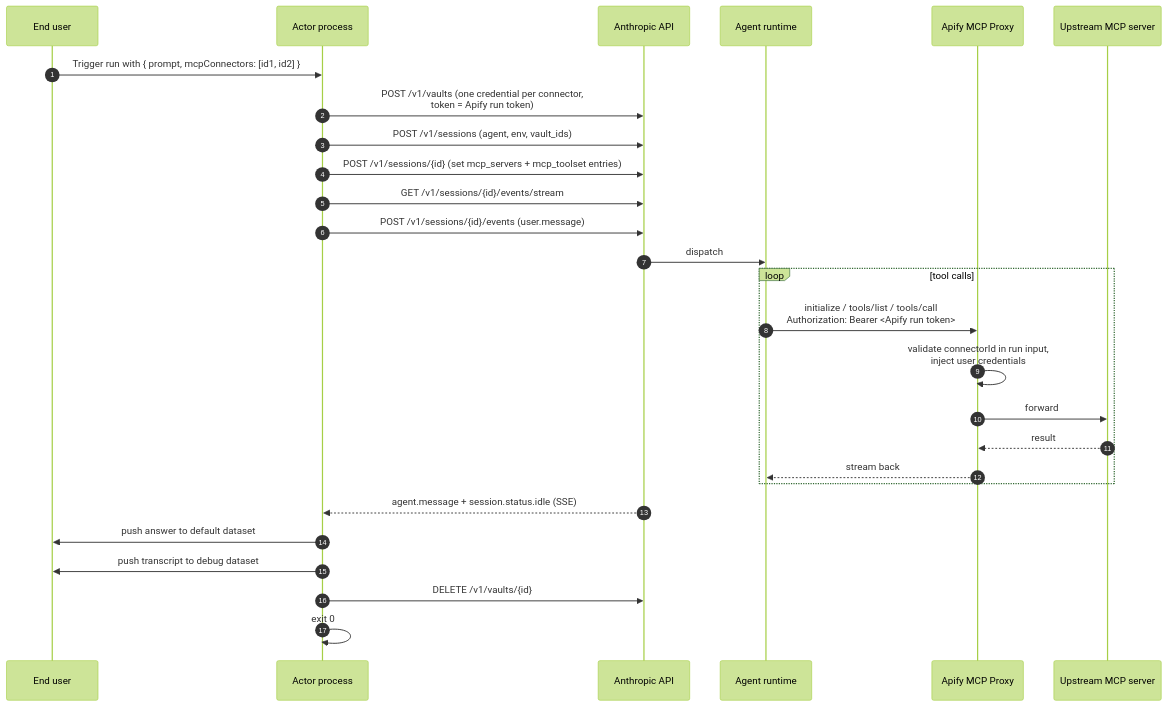
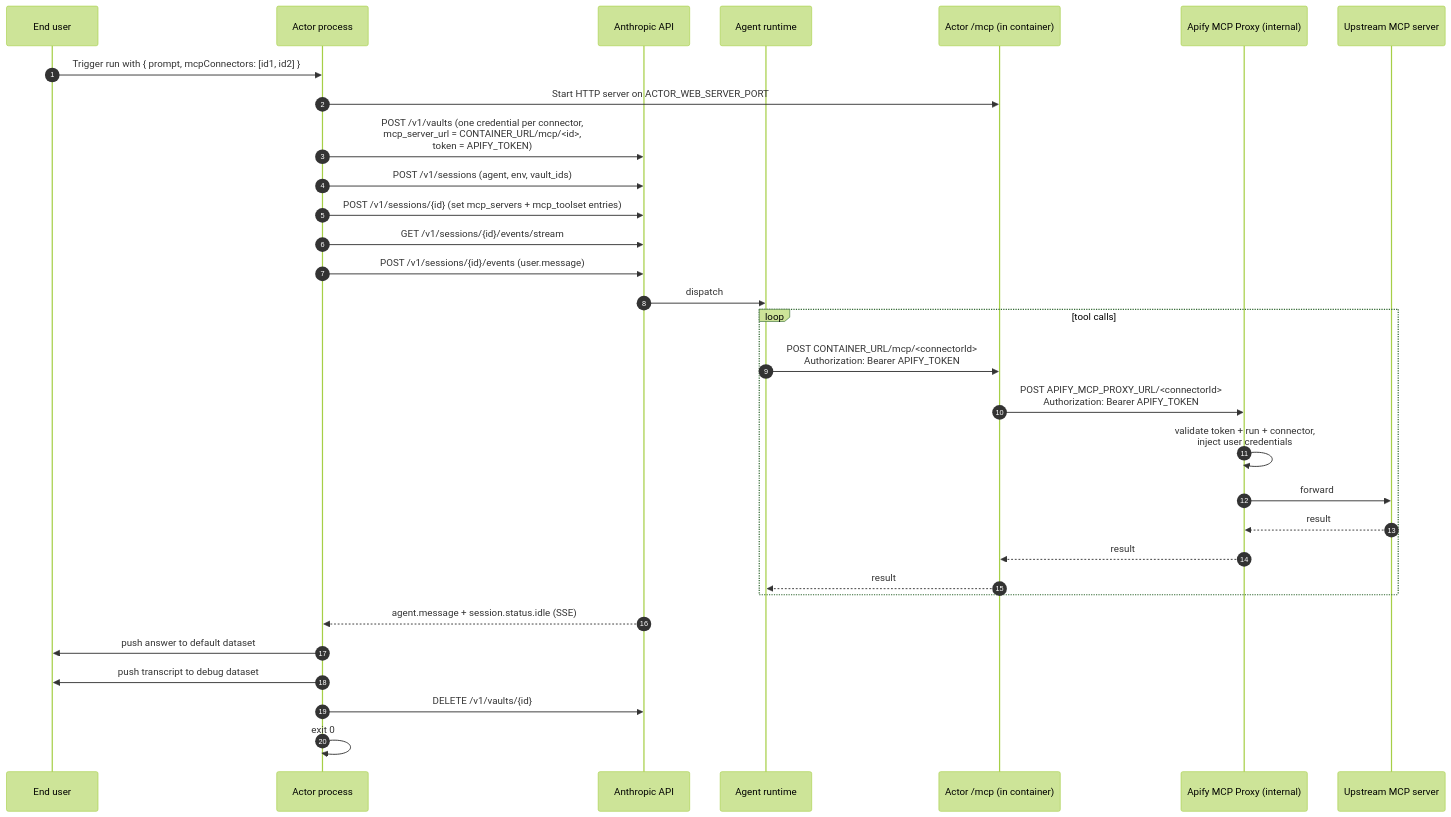
Before and after one commit to apify/actor-claude-managed-agent: the diagram in PLAN.md, drawn with Mermaid (forest theme). The commit also changed other lines of this file, not shown here.

Commit message:
docs(plan): pivot to Option 1 (Actor in MCP path); ground in verified proxy + existing code

````diff
--- a/PLAN.md
+++ b/PLAN.md
@@ -34,30 +37,34 @@
 ```mermaid
 sequenceDiagram
     autonumber
     participant U as End user
     participant A as Actor process
     participant N as Anthropic API
     participant G as Agent runtime
-    participant P as Apify MCP Proxy
+    participant M as Actor /mcp (in container)
+    participant P as Apify MCP Proxy (internal)
     participant X as Upstream MCP server
 
     U->>A: Trigger run with { prompt, mcpConnectors: [id1, id2] }
-    A->>N: POST /v1/vaults (one credential per connector,<br/>token = Apify run token)
+    A->>M: Start HTTP server on ACTOR_WEB_SERVER_PORT
+    A->>N: POST /v1/vaults (one credential per connector,<br/>mcp_server_url = CONTAINER_URL/mcp/<id>,<br/>token = APIFY_TOKEN)
     A->>N: POST /v1/sessions (agent, env, vault_ids)
     A->>N: POST /v1/sessions/{id} (set mcp_servers + mcp_toolset entries)
     A->>N: GET /v1/sessions/{id}/events/stream
     A->>N: POST /v1/sessions/{id}/events (user.message)
     N->>G: dispatch
     loop tool calls
-        G->>P: initialize / tools/list / tools/call<br/>Authorization: Bearer <Apify run token>
-        P->>P: validate connectorId in run input,<br/>inject user credentials
+        G->>M: POST CONTAINER_URL/mcp/<connectorId><br/>Authorization: Bearer APIFY_TOKEN
+        M->>P: POST APIFY_MCP_PROXY_URL/<connectorId><br/>Authorization: Bearer APIFY_TOKEN
+        P->>P: validate token + run + connector,<br/>inject user credentials
         P->>X: forward
         X-->>P: result
-        P-->>G: stream back
+        P-->>M: result
+        M-->>G: result
     end
     N-->>A: agent.message + session.status.idle (SSE)
     A->>U: push answer to default dataset
     A->>U: push transcript to debug dataset
     A->>N: DELETE /v1/vaults/{id}
     A->>A: exit 0
 ```
````
